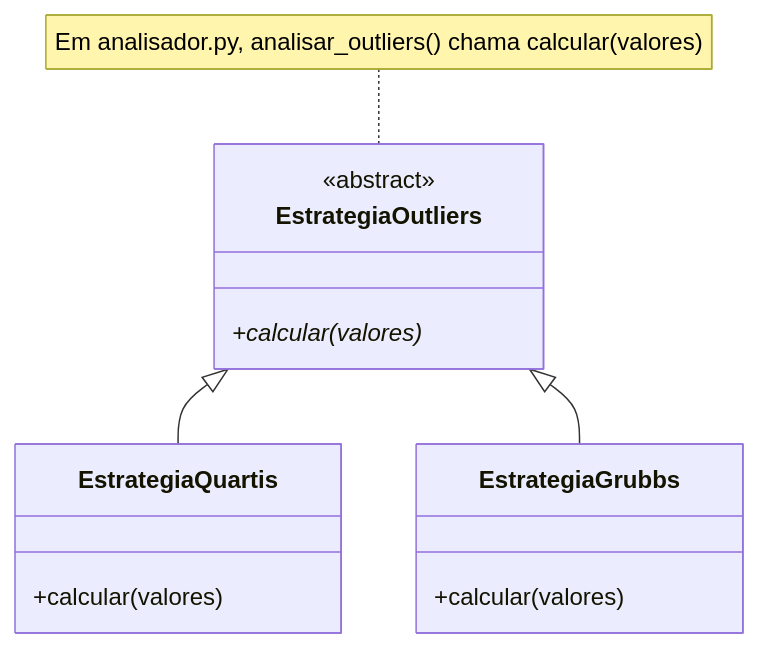
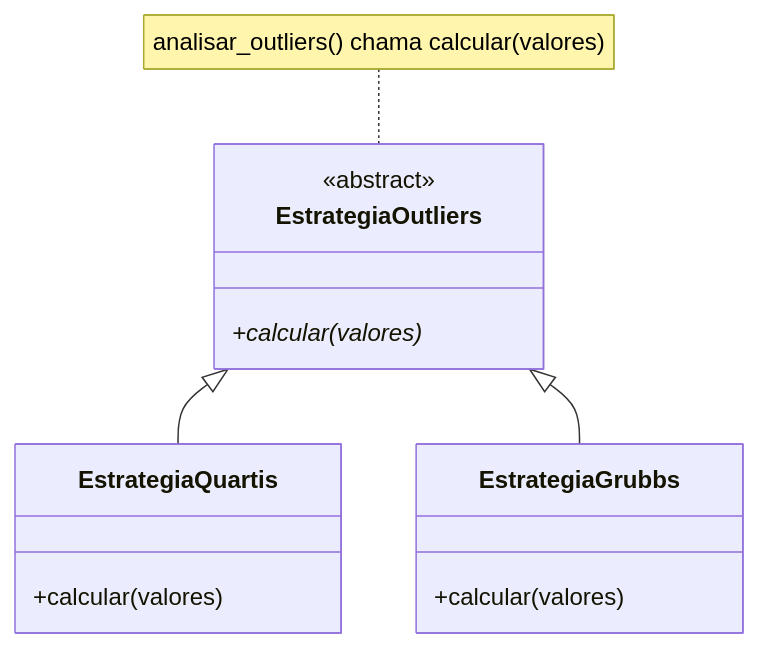
Before and after one commit to lkmotta/analisador-de-sensores: the second of 2 diagrams in README.md, drawn with Mermaid. The commit also changed other lines of this file, not shown here.

````diff
--- a/README.md
+++ b/README.md
@@ -230,16 +228,16 @@
 ```mermaid
 classDiagram
     class EstrategiaOutliers {
         <<abstract>>
         +calcular(valores)*
     }
     class EstrategiaQuartis {
         +calcular(valores)
     }
     class EstrategiaGrubbs {
         +calcular(valores)
     }
     EstrategiaOutliers <|-- EstrategiaQuartis
     EstrategiaOutliers <|-- EstrategiaGrubbs
-    note for EstrategiaOutliers "Em analisador.py, analisar_outliers() chama calcular(valores)"
+    note for EstrategiaOutliers "analisar_outliers() chama calcular(valores)"
 ```
````
